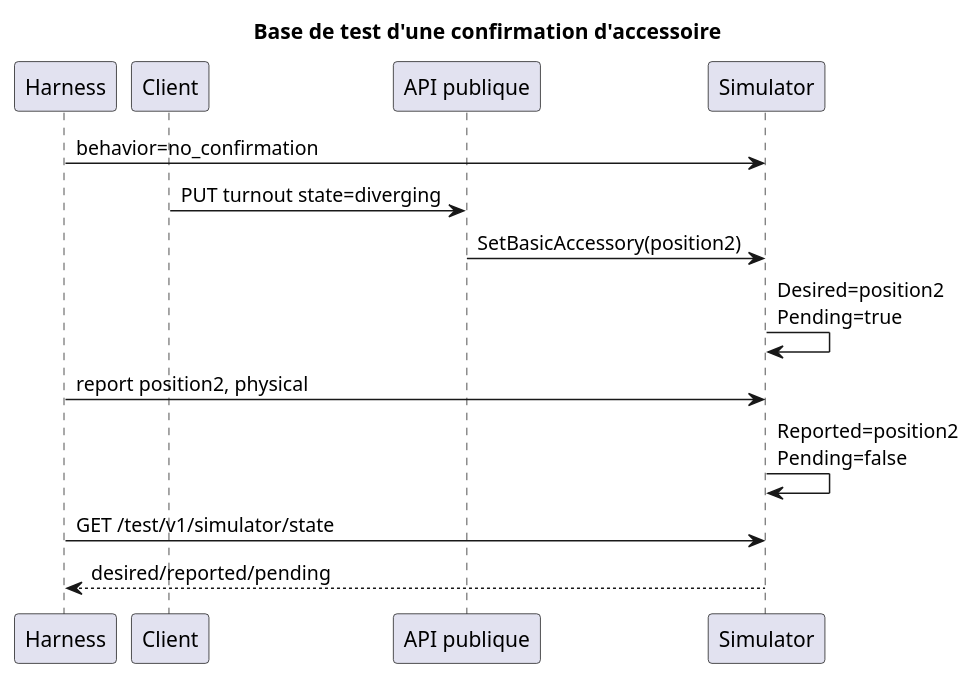
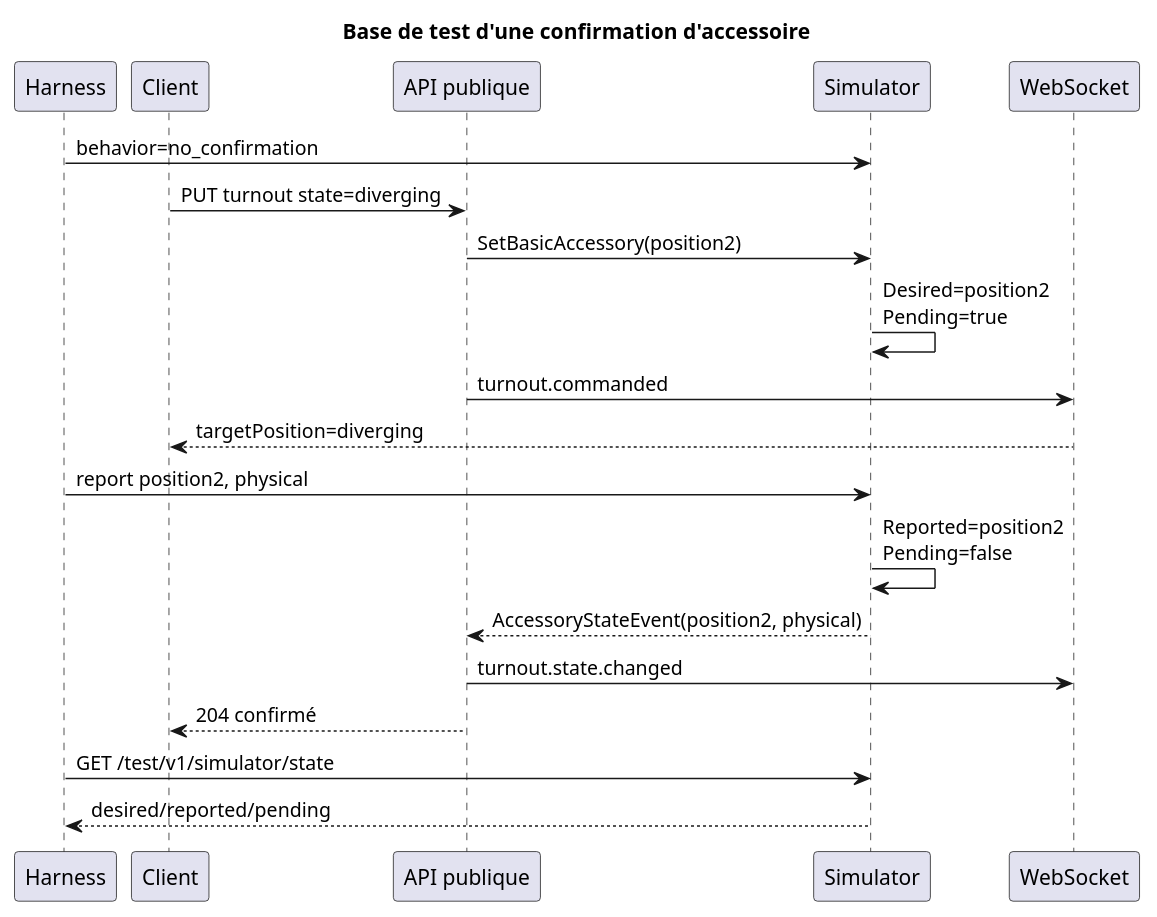
The seventh of 10 diagrams in docs/CLIENT_SIMULATOR_GUIDE.md (agm650/TrainPilot-server), drawn with PlantUML before and after one commit. The commit also changed other lines of this file and 28 other files, not shown here.

````diff
--- a/docs/CLIENT_SIMULATOR_GUIDE.md
+++ b/docs/CLIENT_SIMULATOR_GUIDE.md
@@ -992,20 +1008,26 @@
 ```plantuml
 @startuml
 title Base de test d'une confirmation d'accessoire
 
 participant Harness
 participant Client
 participant "API publique" as API
 participant Simulator
+participant WebSocket
 
 Harness -> Simulator : behavior=no_confirmation
 Client -> API : PUT turnout state=diverging
 API -> Simulator : SetBasicAccessory(position2)
 Simulator -> Simulator : Desired=position2\nPending=true
+API -> WebSocket : turnout.commanded
+WebSocket --> Client : targetPosition=diverging
 Harness -> Simulator : report position2, physical
 Simulator -> Simulator : Reported=position2\nPending=false
+Simulator --> API : AccessoryStateEvent(position2, physical)
+API -> WebSocket : turnout.state.changed
+API --> Client : 204 confirmé
 Harness -> Simulator : GET /test/v1/simulator/state
 Simulator --> Harness : desired/reported/pending
 
 @enduml
 ```
````
